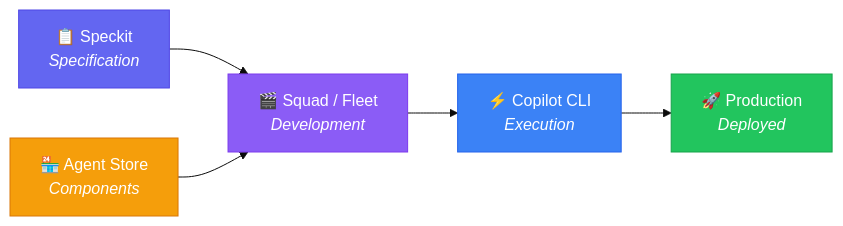
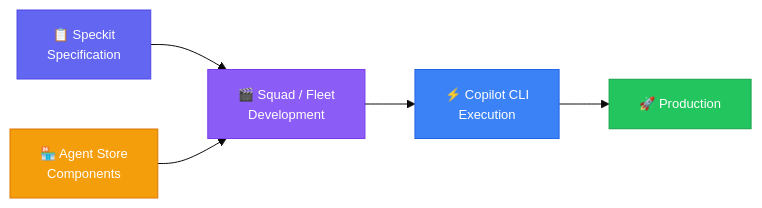
One commit to fredgis/OfficeAddin changed the sixth of 7 diagrams in prez/presentation.md. Above: the diagram before and after it, drawn with Mermaid. The commit also changed other lines of this file and 2 other files, not shown here.

````diff
--- a/prez/presentation.md
+++ b/prez/presentation.md
@@ -785,14 +712,14 @@
 ```mermaid
-%%{init: {'theme': 'base'}}%%
+%%{init: {'theme': 'base', 'themeVariables': {'fontSize': '13px'}}}%%
 graph LR
-    SPEC["📋 Speckit<br/><i>Specification</i>"] --> SQUAD["🎬 Squad / Fleet<br/><i>Development</i>"]
-    STORE["🏪 Agent Store<br/><i>Components</i>"] --> SQUAD
-    SQUAD --> CLI["⚡ Copilot CLI<br/><i>Execution</i>"]
-    CLI --> PROD["🚀 Production<br/><i>Deployed</i>"]
+    SPEC["📋 Speckit<br/>Specification"] --> SQUAD["🎬 Squad / Fleet<br/>Development"]
+    STORE["🏪 Agent Store<br/>Components"] --> SQUAD
+    SQUAD --> CLI["⚡ Copilot CLI<br/>Execution"]
+    CLI --> PROD["🚀 Production"]
 
     style SPEC fill:#6366f1,stroke:#4f46e5,color:#fff
     style SQUAD fill:#8b5cf6,stroke:#7c3aed,color:#fff
     style STORE fill:#f59e0b,stroke:#d97706,color:#fff
     style CLI fill:#3b82f6,stroke:#2563eb,color:#fff
     style PROD fill:#22c55e,stroke:#16a34a,color:#fff
 ```
````
